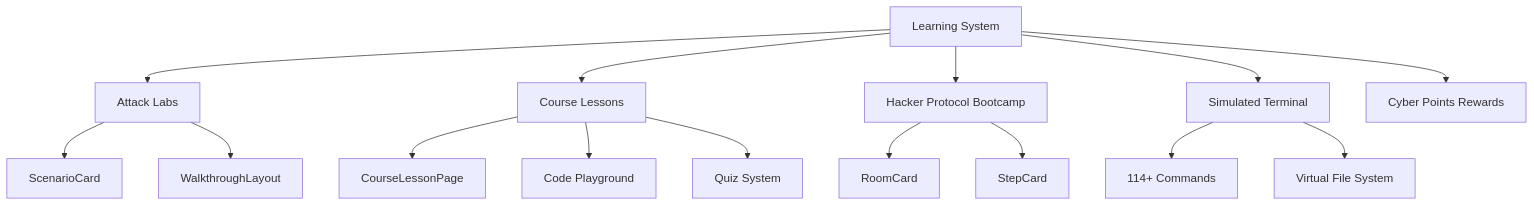
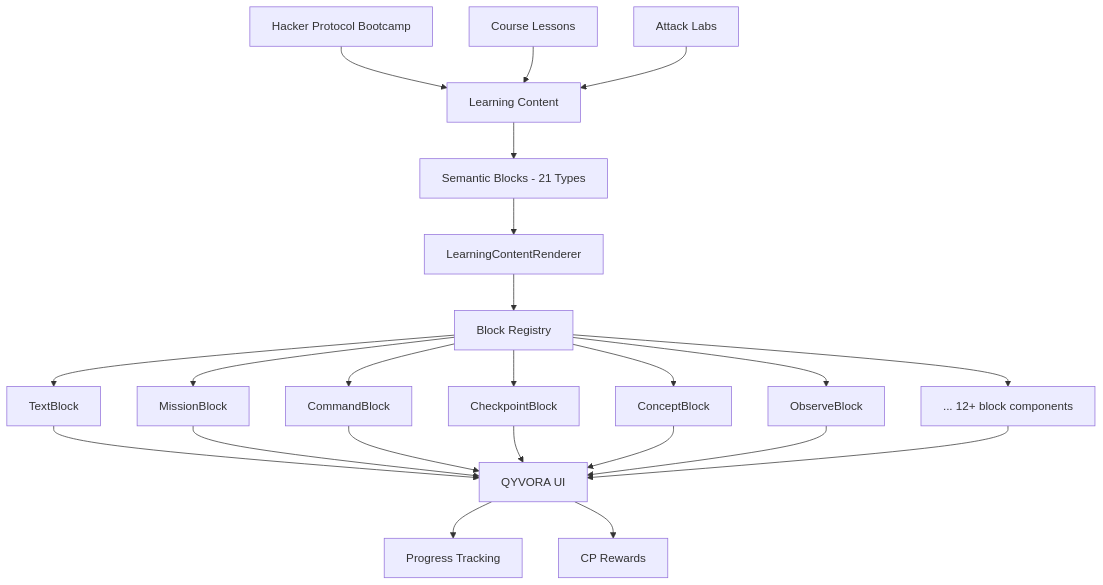
One commit to QYVORA/qyvora-frontend changed the diagram in docs/LEARNING_SYSTEM.md. Above: the diagram before and after it, drawn with Mermaid. The commit also changed other lines of this file and 24 other files, not shown here.

````diff
--- a/docs/LEARNING_SYSTEM.md
+++ b/docs/LEARNING_SYSTEM.md
@@ -11,17 +18,28 @@
 ```mermaid
 graph TD
-    A[Learning System] --> B[Attack Labs]
-    A --> C[Course Lessons]
-    A --> D[Hacker Protocol Bootcamp]
-    A --> E[Simulated Terminal]
-    B --> F[ScenarioCard]
-    B --> G[WalkthroughLayout]
-    C --> H[CourseLessonPage]
-    C --> I[Code Playground]
-    C --> J[Quiz System]
-    D --> K[RoomCard]
-    D --> L[StepCard]
-    E --> M[114+ Commands]
-    E --> N[Virtual File System]
-    A --> O[Cyber Points Rewards]
+    A[Learning Content] --> B[Semantic Blocks - 21 Types]
+    B --> C[LearningContentRenderer]
+    C --> D[Block Registry]
+    D --> E1[TextBlock]
+    D --> E2[MissionBlock]
+    D --> E3[CommandBlock]
+    D --> E4[CheckpointBlock]
+    D --> E5[ConceptBlock]
+    D --> E6[ObserveBlock]
+    D --> EN[... 12+ block components]
+    
+    F[Hacker Protocol Bootcamp] --> A
+    G[Course Lessons] --> A
+    H[Attack Labs] --> A
+    
+    E1 --> I[QYVORA UI]
+    E2 --> I
+    E3 --> I
+    E4 --> I
+    E5 --> I
+    E6 --> I
+    EN --> I
+    
+    I --> J[Progress Tracking]
+    I --> K[CP Rewards]
 ```
````
